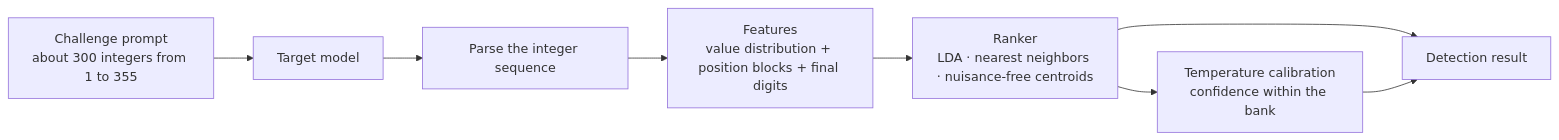
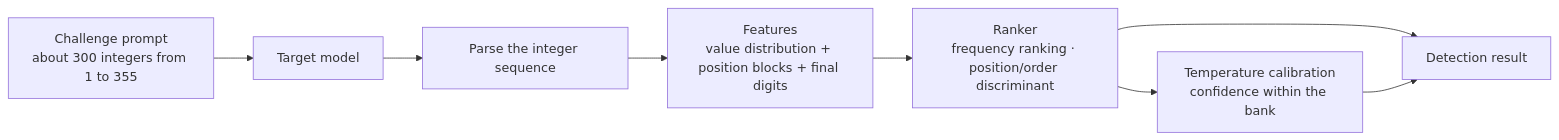
One commit to Alice39s/lm-detector changed the diagram in docs/content/docs/principles/index.en.mdx. Above: the diagram before and after it, drawn with Mermaid. The commit also changed 16 other files, not shown here.

First line of the commit message:
Add a position/order discriminant to the ranker and remove muse-spark-1.3-contributor

````diff
--- a/docs/content/docs/principles/index.en.mdx
+++ b/docs/content/docs/principles/index.en.mdx
@@ -7,10 +7,10 @@
 ```mermaid
 flowchart LR
     A["Challenge prompt<br/>about 300 integers from 1 to 355"] --> B["Target model"]
     B --> C["Parse the integer sequence"]
     C --> D["Features<br/>value distribution + position blocks + final digits"]
-    D --> E["Ranker<br/>LDA · nearest neighbors · nuisance-free centroids"]
+    D --> E["Ranker<br/>frequency ranking · position/order discriminant"]
     E --> G["Temperature calibration<br/>confidence within the bank"]
     E --> H["Detection result"]
     G --> H
 ```
````
